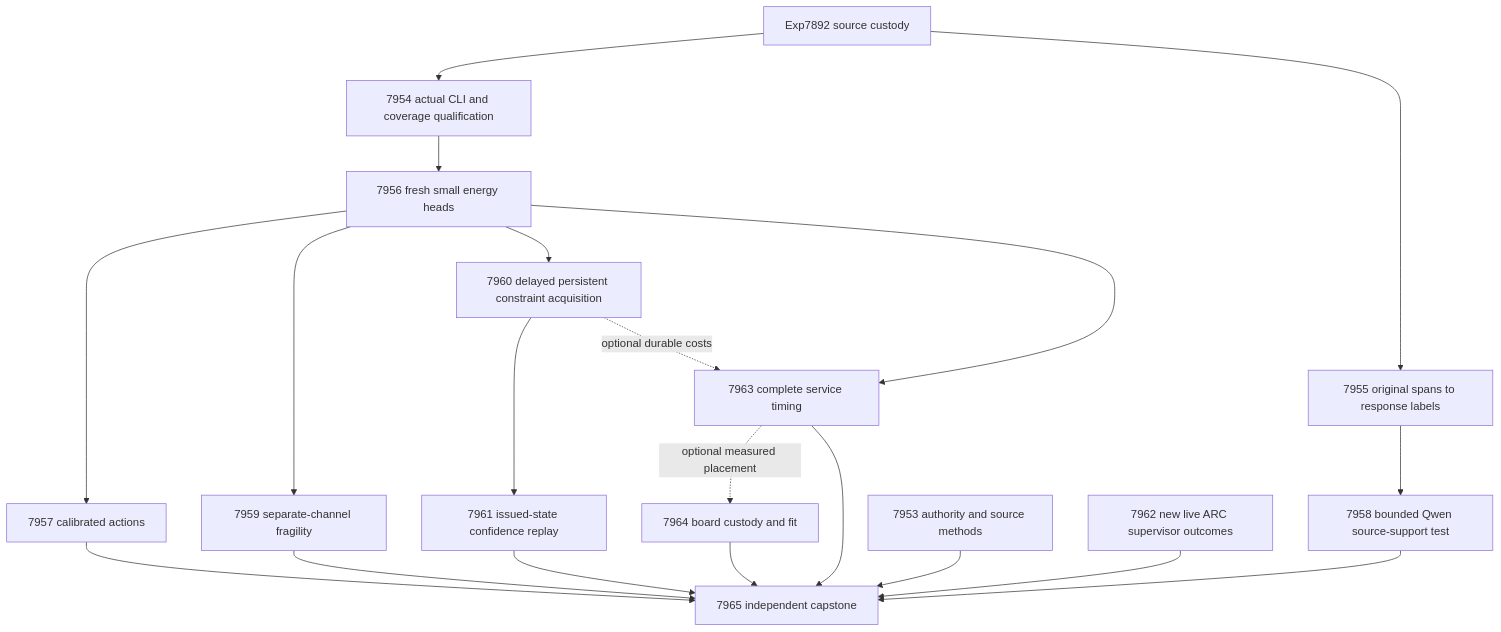
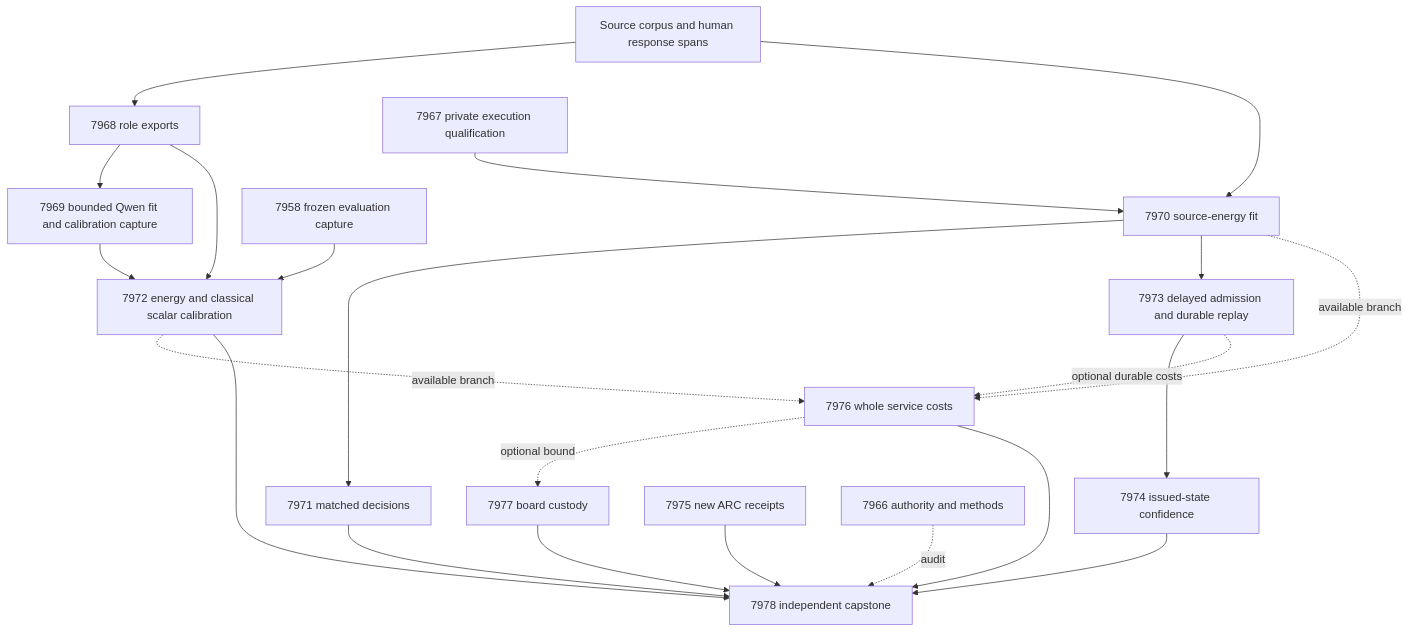
The first of 2 diagrams in openspec/change-proposals/research-roadmap-vNEXT.md (Carnot-EBM/carnot-ebm), drawn with Mermaid before and after one commit. The commit also changed other lines of this file and 12 other files, not shown here.

````diff
--- a/openspec/change-proposals/research-roadmap-vNEXT.md
+++ b/openspec/change-proposals/research-roadmap-vNEXT.md
@@ -101,22 +91,24 @@
 ```mermaid
 flowchart TD
-  S[Exp7892 source custody] --> Q[7954 actual CLI and coverage qualification]
-  S --> L[7955 original spans to response labels]
-  Q --> E[7956 fresh small energy heads]
-  E --> D[7957 calibrated actions]
-  L --> G[7958 bounded Qwen source-support test]
-  E --> F[7959 separate-channel fragility]
-  E --> M[7960 delayed persistent constraint acquisition]
-  M --> C[7961 issued-state confidence replay]
-  E --> T[7963 complete service timing]
-  M -. optional durable costs .-> T
-  T -. optional measured placement .-> H[7964 board custody and fit]
-  A[7953 authority and source methods] --> R[7965 independent capstone]
-  O[7962 new live ARC supervisor outcomes] --> R
-  D --> R
-  G --> R
-  F --> R
-  C --> R
-  H --> R
-  T --> R
+  H[Source corpus and human response spans] --> R[7968 role exports]
+  Q[7967 private execution qualification] --> F[7970 source-energy fit]
+  H --> F
+  R --> C[7969 bounded Qwen fit and calibration capture]
+  C --> K[7972 energy and classical scalar calibration]
+  V[7958 frozen evaluation capture] --> K
+  R --> K
+  F --> D[7971 matched decisions]
+  F --> L[7973 delayed admission and durable replay]
+  L --> A[7974 issued-state confidence]
+  F -. available branch .-> S[7976 whole service costs]
+  K -. available branch .-> S
+  L -. optional durable costs .-> S
+  S -. optional bound .-> B[7977 board custody]
+  X[7975 new ARC receipts] --> Z[7978 independent capstone]
+  D --> Z
+  K --> Z
+  A --> Z
+  S --> Z
+  B --> Z
+  M[7966 authority and methods] -. audit .-> Z
 ```
````
